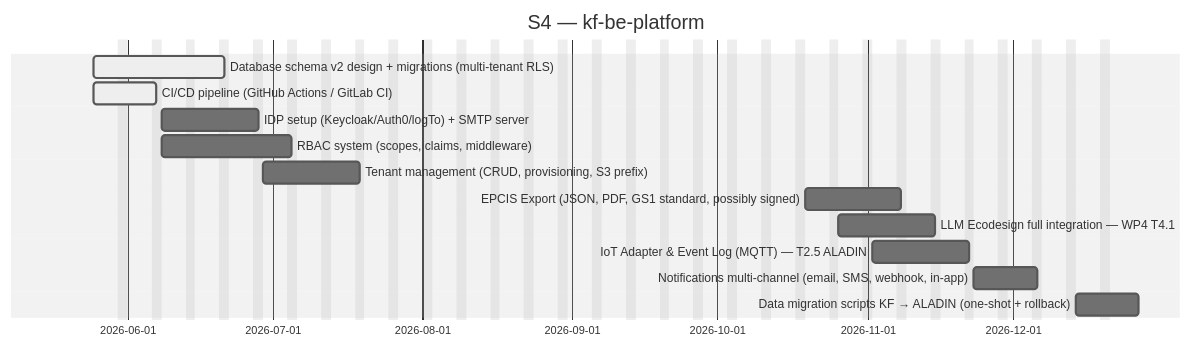
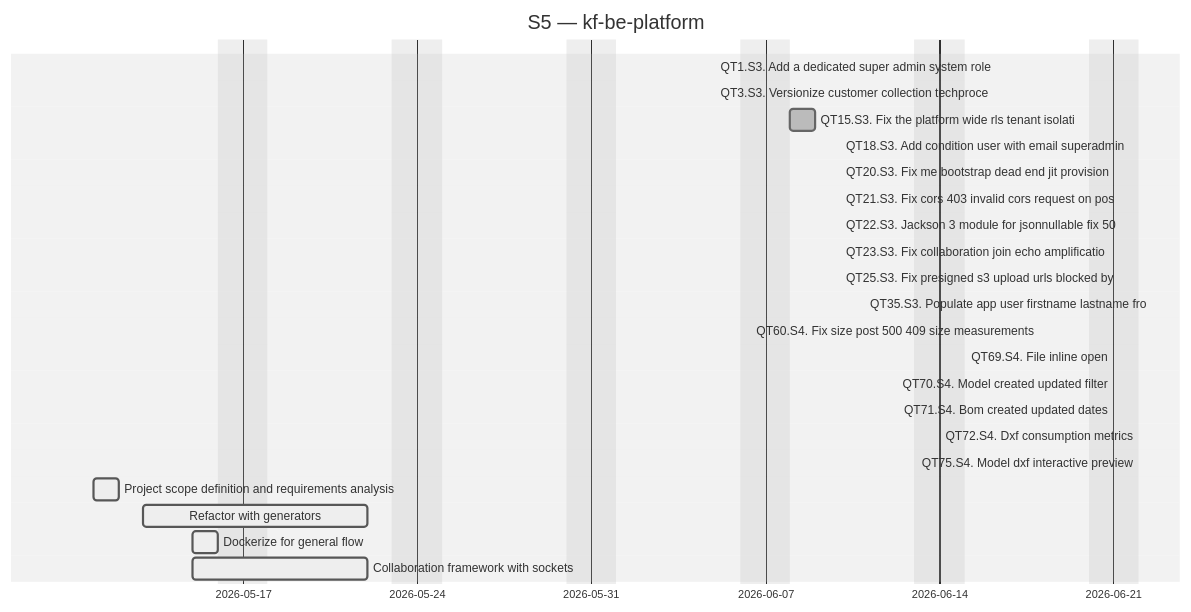
One commit to Katty-Fashion/kf-cpto changed the diagram in docs/_projects/kf-be-platform.md. Above: the diagram before and after it, drawn with Mermaid (neutral theme). The commit also changed other lines of this file and 12 other files, not shown here.

````diff
--- a/docs/_projects/kf-be-platform.md
+++ b/docs/_projects/kf-be-platform.md
@@ -80,17 +100,27 @@
 ```mermaid
 gantt
-    title S4 — kf-be-platform
+    title S5 — kf-be-platform
     dateFormat YYYY-MM-DD
     excludes weekends
 
-    Database schema v2 design + migrations (multi-tenant RLS) :active, 2026-05-25, 2026-06-21
-    CI/CD pipeline (GitHub Actions / GitLab CI) :active, 2026-05-25, 2026-06-07
-    IDP setup (Keycloak/Auth0/logTo) + SMTP server :2026-06-08, 2026-06-28
-    RBAC system (scopes, claims, middleware) :2026-06-08, 2026-07-05
-    Tenant management (CRUD, provisioning, S3 prefix) :2026-06-29, 2026-07-19
-    EPCIS Export (JSON, PDF, GS1 standard, possibly signed) :2026-10-19, 2026-11-08
-    LLM Ecodesign full integration — WP4 T4.1 :2026-10-26, 2026-11-15
-    IoT Adapter & Event Log (MQTT) — T2.5 ALADIN :2026-11-02, 2026-11-22
-    Notifications multi-channel (email, SMS, webhook, in-app) :2026-11-23, 2026-12-06
-    Data migration scripts KF → ALADIN (one-shot + rollback) :2026-12-14, 2026-12-27
+    QT1.S3. Add a dedicated super admin system role :done, 2026-06-05, 2026-06-05
+    QT3.S3. Versionize customer collection techproce :done, 2026-06-05, 2026-06-05
+    QT15.S3. Fix the platform wide rls tenant isolati :done, 2026-06-08, 2026-06-09
+    QT18.S3. Add condition user with email superadmin :done, 2026-06-10, 2026-06-10
+    QT20.S3. Fix me bootstrap dead end jit provision :done, 2026-06-10, 2026-06-10
+    QT21.S3. Fix cors 403 invalid cors request on pos :done, 2026-06-10, 2026-06-10
+    QT22.S3. Jackson 3 module for jsonnullable fix 50 :done, 2026-06-10, 2026-06-10
+    QT23.S3. Fix collaboration join echo amplificatio :done, 2026-06-10, 2026-06-10
+    QT25.S3. Fix presigned s3 upload urls blocked by :done, 2026-06-10, 2026-06-10
+    QT35.S3. Populate app user firstname lastname fro :done, 2026-06-11, 2026-06-11
+    QT60.S4. Fix size post 500 409 size measurements :done, 2026-06-18, 2026-06-18
+    QT69.S4. File inline open :done, 2026-06-21, 2026-06-21
+    QT70.S4. Model created updated filter :done, 2026-06-21, 2026-06-21
+    QT71.S4. Bom created updated dates :done, 2026-06-21, 2026-06-21
+    QT72.S4. Dxf consumption metrics :done, 2026-06-22, 2026-06-22
+    QT75.S4. Model dxf interactive preview :done, 2026-06-22, 2026-06-22
+    Project scope definition and requirements analysis :active, 2026-05-11, 2026-05-12
+    Refactor with generators :active, 2026-05-13, 2026-05-22
+    Dockerize for general flow :active, 2026-05-15, 2026-05-16
+    Collaboration framework with sockets :active, 2026-05-15, 2026-05-22
 ```
````
